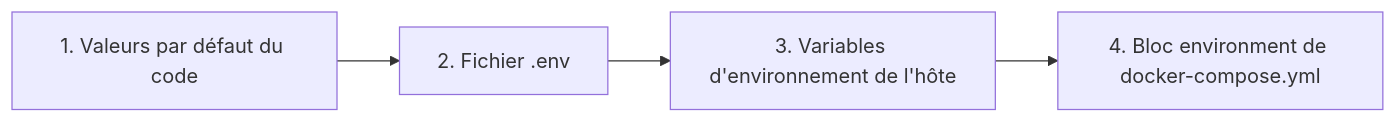
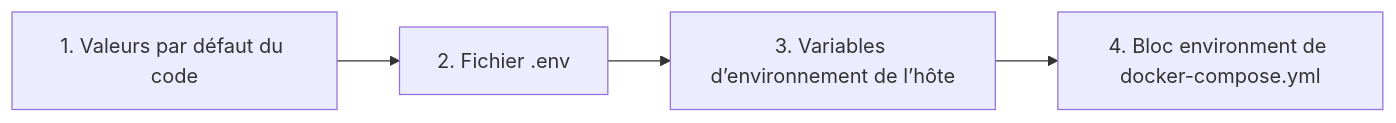
The diagram in mkdocs_src/docs/admin/docker_advanced.fr.md (Librefolio/LibreFolio), drawn with Mermaid before and after one commit. The commit also changed other lines of this file and 2 other files, not shown here.

````diff
--- a/mkdocs_src/docs/admin/docker_advanced.fr.md
+++ b/mkdocs_src/docs/admin/docker_advanced.fr.md
@@ -39,9 +39,9 @@
 ```mermaid
 graph LR
     CodeDefaults[1. Valeurs par défaut du code] --> EnvFile[2. Fichier .env]
-    HostShell[3. Variables d'environnement de l'hôte]
+    HostShell[3. Variables d’environnement de l’hôte]
     DockerCompose[4. Bloc environment de docker-compose.yml]
 
     EnvFile --> HostShell
     HostShell --> DockerCompose
 ```
````
